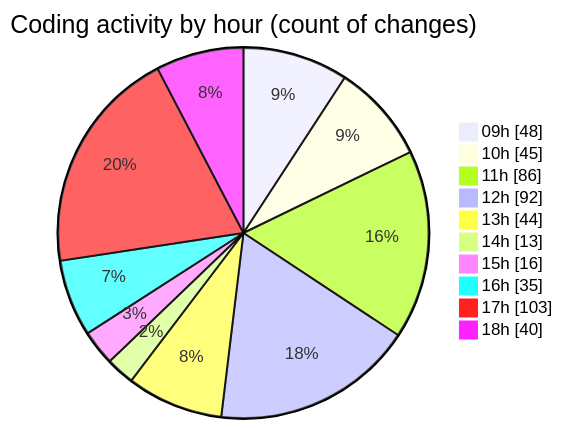
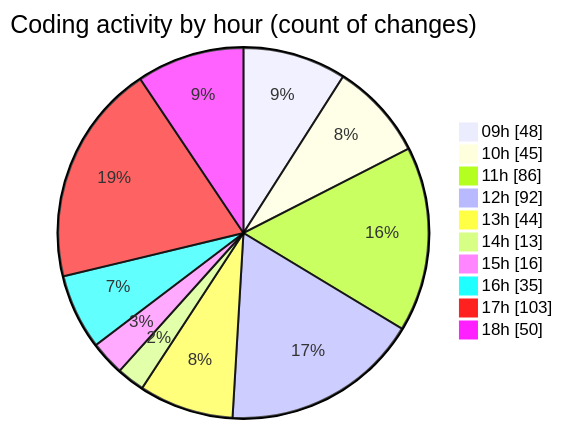
The second of 2 diagrams in 2025-03-14/cda/README.md (momahboobian/code-tracking), drawn with Mermaid before and after one commit. The commit also changed other lines of this file and 1 other file, not shown here.

````diff
--- a/2025-03-14/cda/README.md
+++ b/2025-03-14/cda/README.md
@@ -52,14 +52,14 @@
 ```mermaid
 pie showData
 title Coding activity by hour (count of changes)
 "09h" : 48
 "10h" : 45
 "11h" : 86
 "12h" : 92
 "13h" : 44
 "14h" : 13
 "15h" : 16
 "16h" : 35
 "17h" : 103
-"18h" : 40
+"18h" : 50
 ```
````
